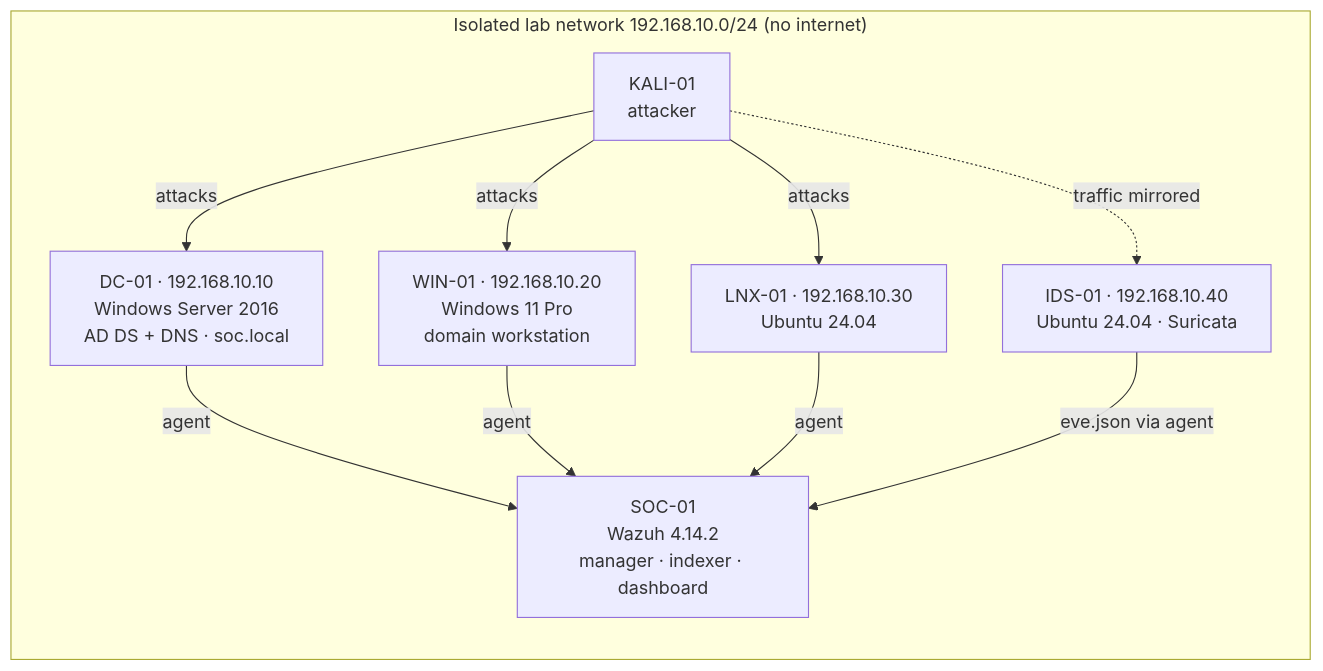
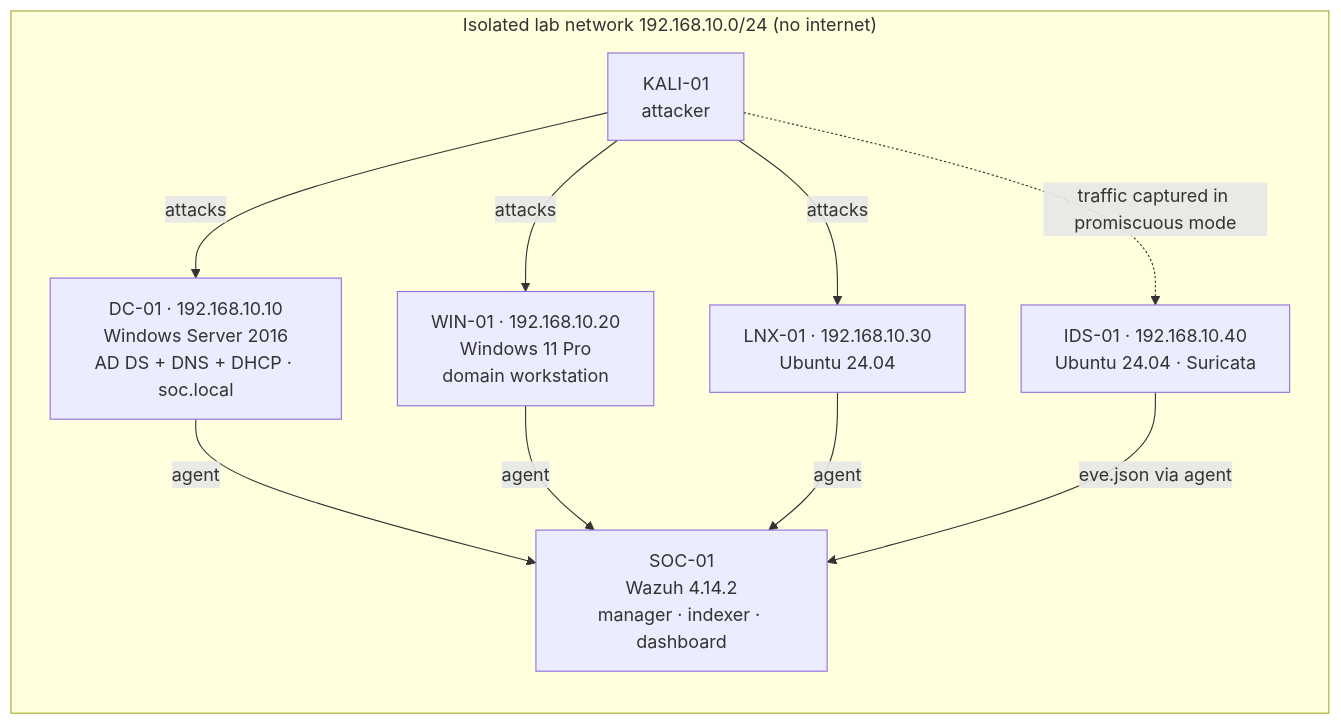
Before and after one commit to Yassine-ElJide/soc-home-lab: the diagram in README.md, drawn with Mermaid. The commit also changed other lines of this file, not shown here.

Commit message:
Fix README: rule IDs, ATT&CK mapping, lab details

````diff
--- a/README.md
+++ b/README.md
@@ -10,19 +10,19 @@
 ```mermaid
 flowchart LR
   subgraph NET["Isolated lab network 192.168.10.0/24 (no internet)"]
     K[KALI-01<br>attacker]
-    DC[DC-01 · 192.168.10.10<br>Windows Server 2016<br>AD DS + DNS · soc.local]
+    DC[DC-01 · 192.168.10.10<br>Windows Server 2016<br>AD DS + DNS + DHCP · soc.local]
     W[WIN-01 · 192.168.10.20<br>Windows 11 Pro<br>domain workstation]
     L[LNX-01 · 192.168.10.30<br>Ubuntu 24.04]
     IDS[IDS-01 · 192.168.10.40<br>Ubuntu 24.04 · Suricata]
     SOC[SOC-01<br>Wazuh 4.14.2<br>manager · indexer · dashboard]
   end
   K -->|attacks| DC
   K -->|attacks| W
   K -->|attacks| L
-  K -. traffic mirrored .-> IDS
+  K -. traffic captured in promiscuous mode .-> IDS
   DC -->|agent| SOC
   W -->|agent| SOC
   L -->|agent| SOC
   IDS -->|eve.json via agent| SOC
 ```
````
